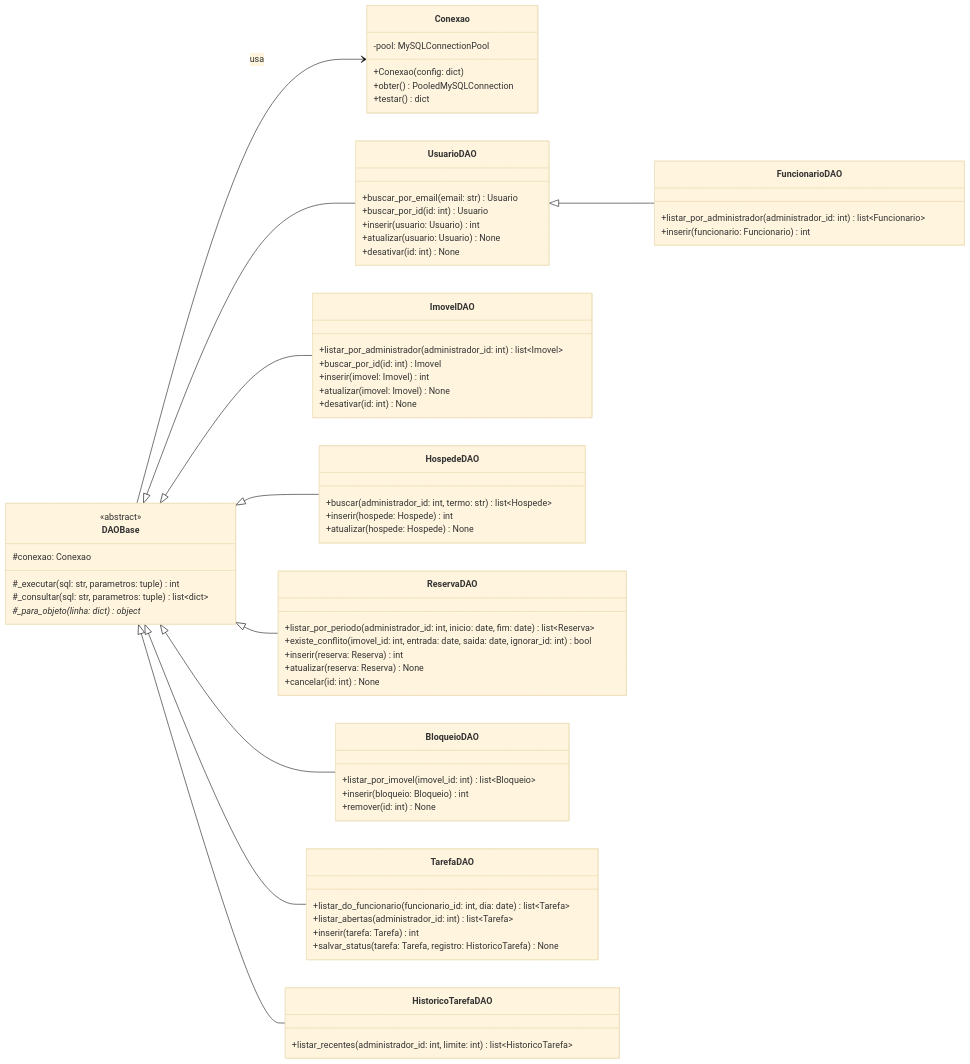
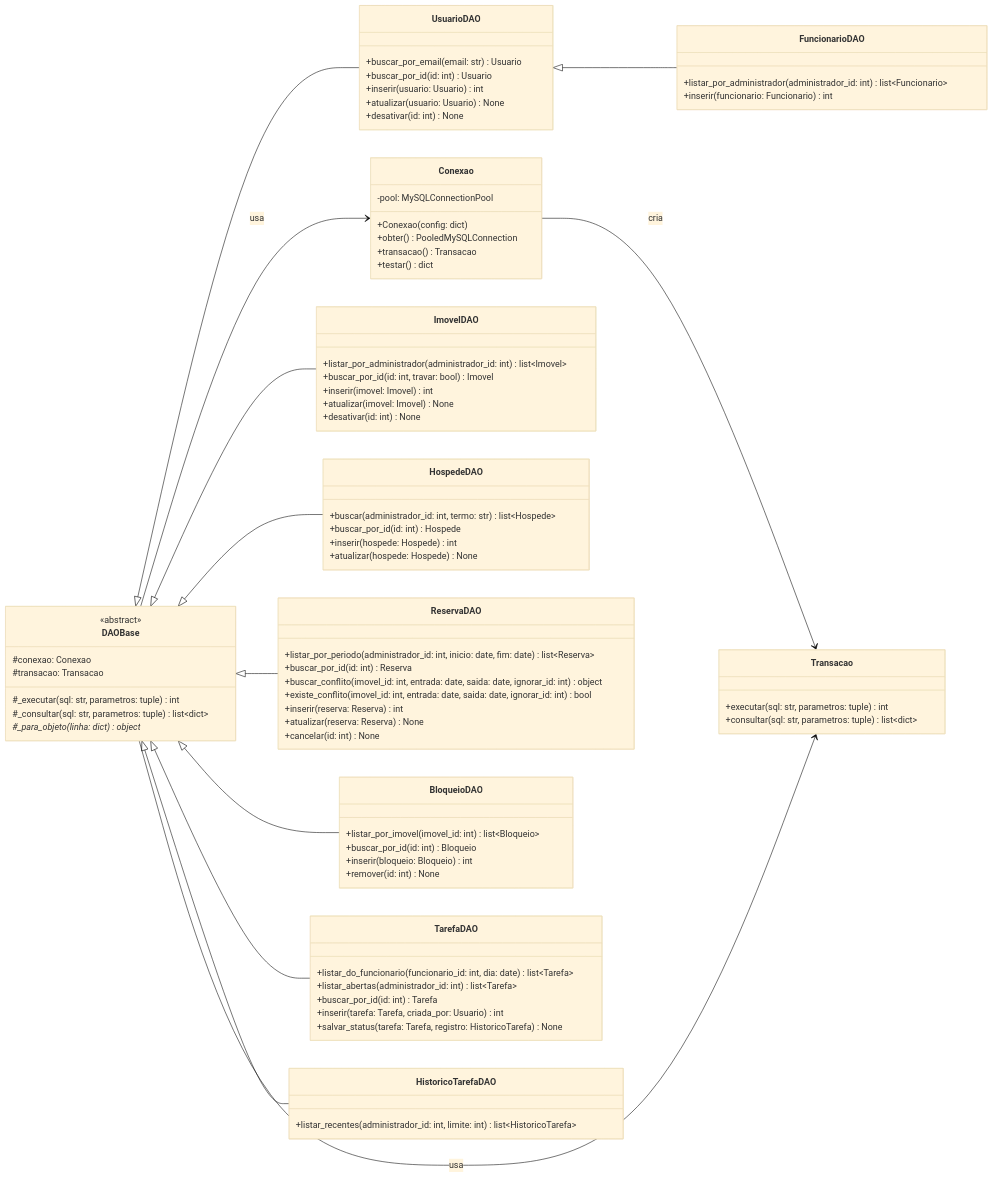
The diagram in banco/diagramas/classes-dao.mmd (Washington-dev-fullstack/gem-vel---integrative-project), drawn with Mermaid (base theme) before and after one commit. The commit also changed 7 other files, not shown here.

First line of the commit message:
Etapa 2: diagramas, LEIA-ME e CLAUDE.md

```diff
--- a/banco/diagramas/classes-dao.mmd
+++ b/banco/diagramas/classes-dao.mmd
@@ -1,70 +1,83 @@
 classDiagram
     direction LR
 
     class Conexao {
         -pool: MySQLConnectionPool
         +Conexao(config: dict)
         +obter() PooledMySQLConnection
+        +transacao() Transacao
         +testar() dict
+    }
+    class Transacao {
+        +executar(sql: str, parametros: tuple) int
+        +consultar(sql: str, parametros: tuple) list~dict~
     }
     class DAOBase {
         <<abstract>>
         #conexao: Conexao
+        #transacao: Transacao
         #_executar(sql: str, parametros: tuple) int
         #_consultar(sql: str, parametros: tuple) list~dict~
         #_para_objeto(linha: dict) object*
     }
     class UsuarioDAO {
         +buscar_por_email(email: str) Usuario
         +buscar_por_id(id: int) Usuario
         +inserir(usuario: Usuario) int
         +atualizar(usuario: Usuario) None
         +desativar(id: int) None
     }
     class FuncionarioDAO {
         +listar_por_administrador(administrador_id: int) list~Funcionario~
         +inserir(funcionario: Funcionario) int
     }
     class ImovelDAO {
         +listar_por_administrador(administrador_id: int) list~Imovel~
-        +buscar_por_id(id: int) Imovel
+        +buscar_por_id(id: int, travar: bool) Imovel
         +inserir(imovel: Imovel) int
         +atualizar(imovel: Imovel) None
         +desativar(id: int) None
     }
     class HospedeDAO {
         +buscar(administrador_id: int, termo: str) list~Hospede~
+        +buscar_por_id(id: int) Hospede
         +inserir(hospede: Hospede) int
         +atualizar(hospede: Hospede) None
     }
     class ReservaDAO {
         +listar_por_periodo(administrador_id: int, inicio: date, fim: date) list~Reserva~
+        +buscar_por_id(id: int) Reserva
+        +buscar_conflito(imovel_id: int, entrada: date, saida: date, ignorar_id: int) object
         +existe_conflito(imovel_id: int, entrada: date, saida: date, ignorar_id: int) bool
         +inserir(reserva: Reserva) int
         +atualizar(reserva: Reserva) None
         +cancelar(id: int) None
     }
     class BloqueioDAO {
         +listar_por_imovel(imovel_id: int) list~Bloqueio~
+        +buscar_por_id(id: int) Bloqueio
         +inserir(bloqueio: Bloqueio) int
         +remover(id: int) None
     }
     class TarefaDAO {
         +listar_do_funcionario(funcionario_id: int, dia: date) list~Tarefa~
         +listar_abertas(administrador_id: int) list~Tarefa~
-        +inserir(tarefa: Tarefa) int
+        +buscar_por_id(id: int) Tarefa
+        +inserir(tarefa: Tarefa, criada_por: Usuario) int
         +salvar_status(tarefa: Tarefa, registro: HistoricoTarefa) None
     }
     class HistoricoTarefaDAO {
         +listar_recentes(administrador_id: int, limite: int) list~HistoricoTarefa~
     }
 
     DAOBase <|-- UsuarioDAO
     UsuarioDAO <|-- FuncionarioDAO
     DAOBase <|-- ImovelDAO
     DAOBase <|-- HospedeDAO
     DAOBase <|-- ReservaDAO
     DAOBase <|-- BloqueioDAO
     DAOBase <|-- TarefaDAO
     DAOBase <|-- HistoricoTarefaDAO
     DAOBase --> Conexao : usa
+    Conexao --> Transacao : cria
+    DAOBase --> Transacao : usa
```
